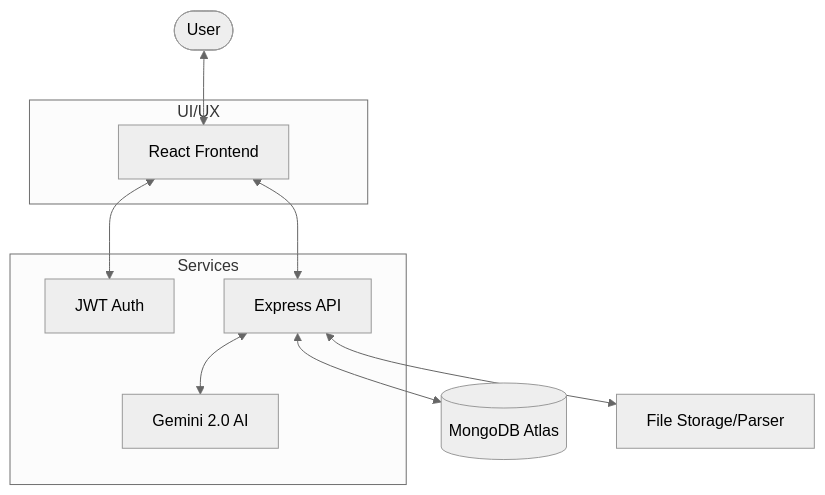
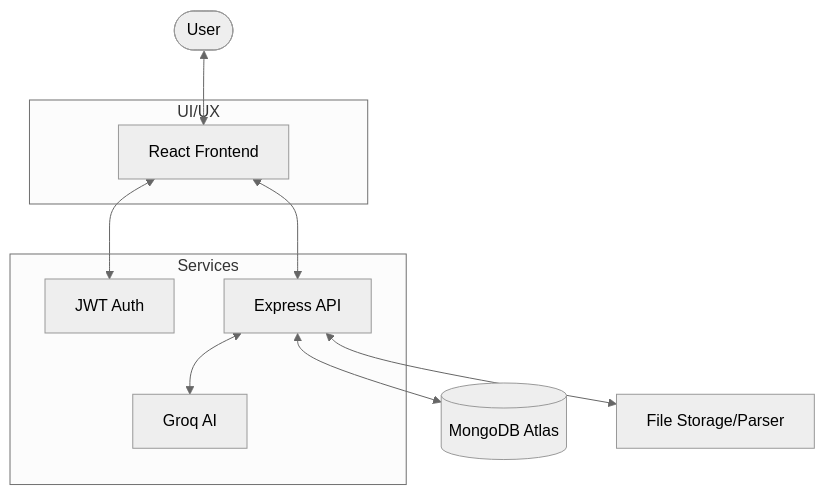
One commit to ananyaa241/Resume_Analyzer changed the diagram in README.md. Above: the diagram before and after it, drawn with Mermaid (neutral theme). The commit also changed other lines of this file and 1 other file, not shown here.

Commit message:
Update branding from Gemini to Groq

````diff
--- a/README.md
+++ b/README.md
@@ -56,19 +56,19 @@
 ```mermaid
 graph TD
     User([User]) <--> Frontend[React Frontend]
     Frontend <--> Auth[JWT Auth]
     Frontend <--> API[Express API]
     API <--> DB[(MongoDB Atlas)]
-    API <--> Gemini[Gemini 2.0 AI]
+    API <--> Groq[Groq AI]
     API <--> Storage[File Storage/Parser]
     
     subgraph UI/UX
     Frontend
     end
     
     subgraph Services
     API
     Auth
-    Gemini
+    Groq
     end
 ```
````
